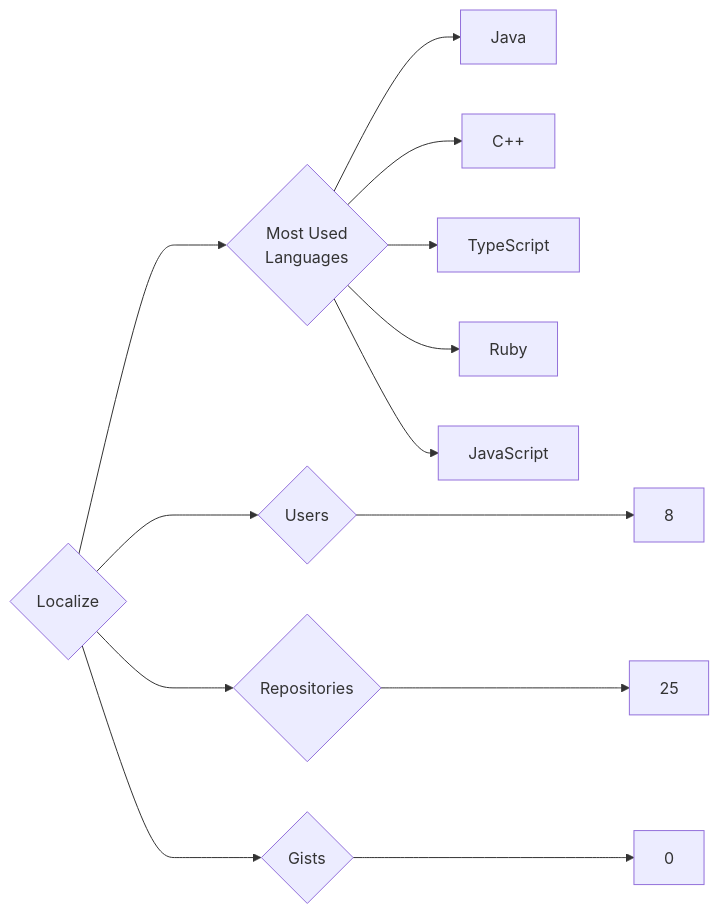
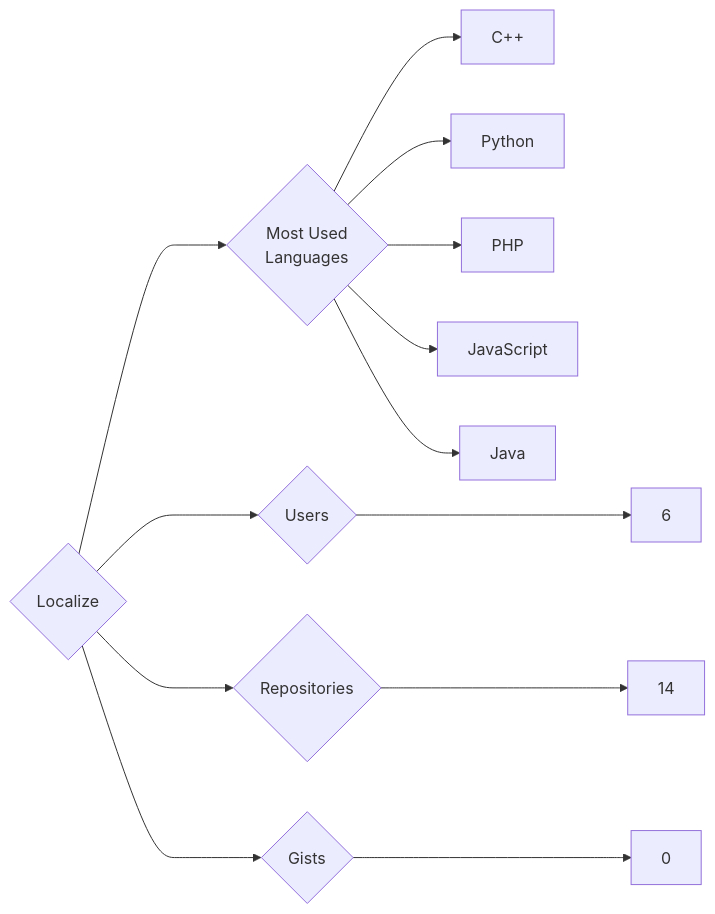
The diagram in targets/Localize/README.md (trickest/insiders), drawn with Mermaid before and after one commit. The commit also changed 932 other files, not shown here.

````diff
--- a/targets/Localize/README.md
+++ b/targets/Localize/README.md
@@ -3,13 +3,13 @@
 ```mermaid
 graph LR
 COMPANY_NAME{Localize}
-COMPANY_NAME ---> U{Users} ---> UN[8]
-COMPANY_NAME ---> R{Repositories} ---> RN[25]
+COMPANY_NAME ---> U{Users} ---> UN[6]
+COMPANY_NAME ---> R{Repositories} ---> RN[14]
 COMPANY_NAME ---> G{Gists} ---> GN[0]
 COMPANY_NAME ---> ML{Most Used<br>Languages}
+ML --> C++[C++]
+ML --> Python[Python]
+ML --> PHP[PHP]
+ML --> JavaScript[JavaScript]
 ML --> Java[Java]
-ML --> C++[C++]
-ML --> TypeScript[TypeScript]
-ML --> Ruby[Ruby]
-ML --> JavaScript[JavaScript]
 ```
````
